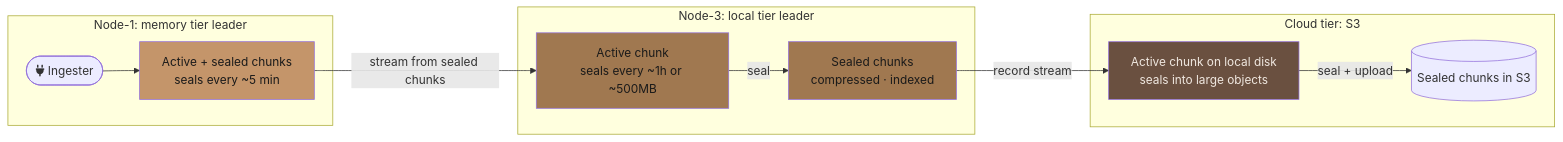
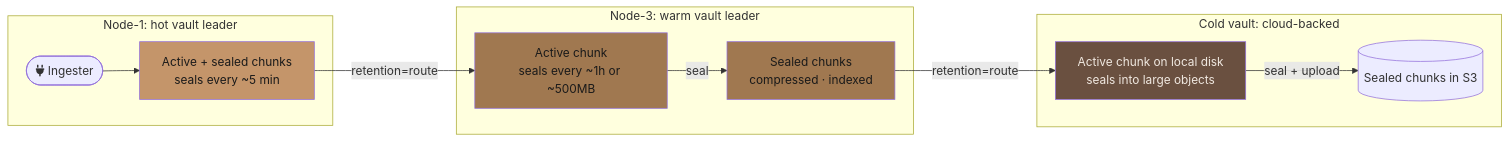
One commit to kluzzebass/gastrolog changed the fifth of 5 diagrams in docs/vision.md. Above: the diagram before and after it, drawn with Mermaid. The commit also changed other lines of this file and 98 other files, not shown here.

````diff
--- a/docs/vision.md
+++ b/docs/vision.md
@@ -293,23 +284,23 @@
 ```mermaid
 flowchart LR
-    subgraph node1mem [Node-1: memory tier leader]
+    subgraph node1mem [Node-1: hot vault leader]
         I([fa:fa-plug Ingester]) --> MT[Active + sealed chunks<br/>seals every ~5 min]
     end
 
-    MT -->|stream from sealed chunks| LT
+    MT -->|retention=route| LT
 
-    subgraph node3local [Node-3: local tier leader]
+    subgraph node3local [Node-3: warm vault leader]
         LT[Active chunk<br/>seals every ~1h or ~500MB] -->|seal| LTS[Sealed chunks<br/>compressed · indexed]
     end
 
-    LTS -->|record stream| CT
+    LTS -->|retention=route| CT
 
-    subgraph clouds3 [Cloud tier: S3]
+    subgraph clouds3 [Cold vault: cloud-backed]
         CT[Active chunk on local disk<br/>seals into large objects] -->|seal + upload| CTS[(Sealed chunks in S3)]
     end
 
     style MT fill:#c4956a,color:#1a1a1a
     style LT fill:#a07850,color:#1a1a1a
     style LTS fill:#a07850,color:#1a1a1a
     style CT fill:#6a5040,color:#f0e8e0
 ```
````
